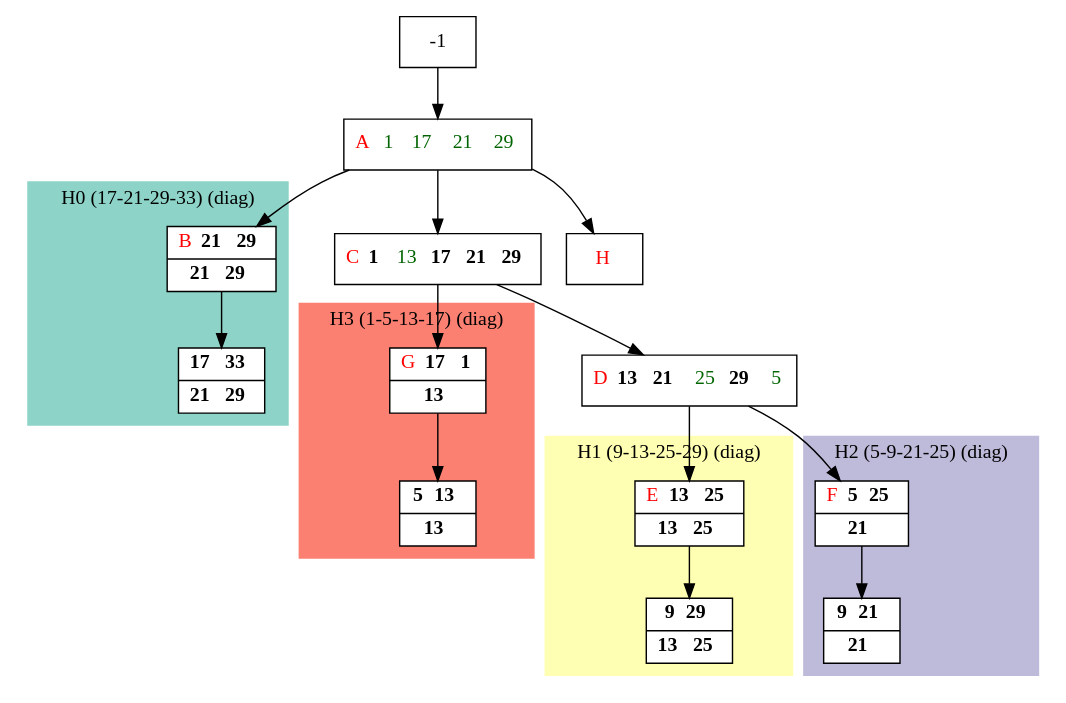
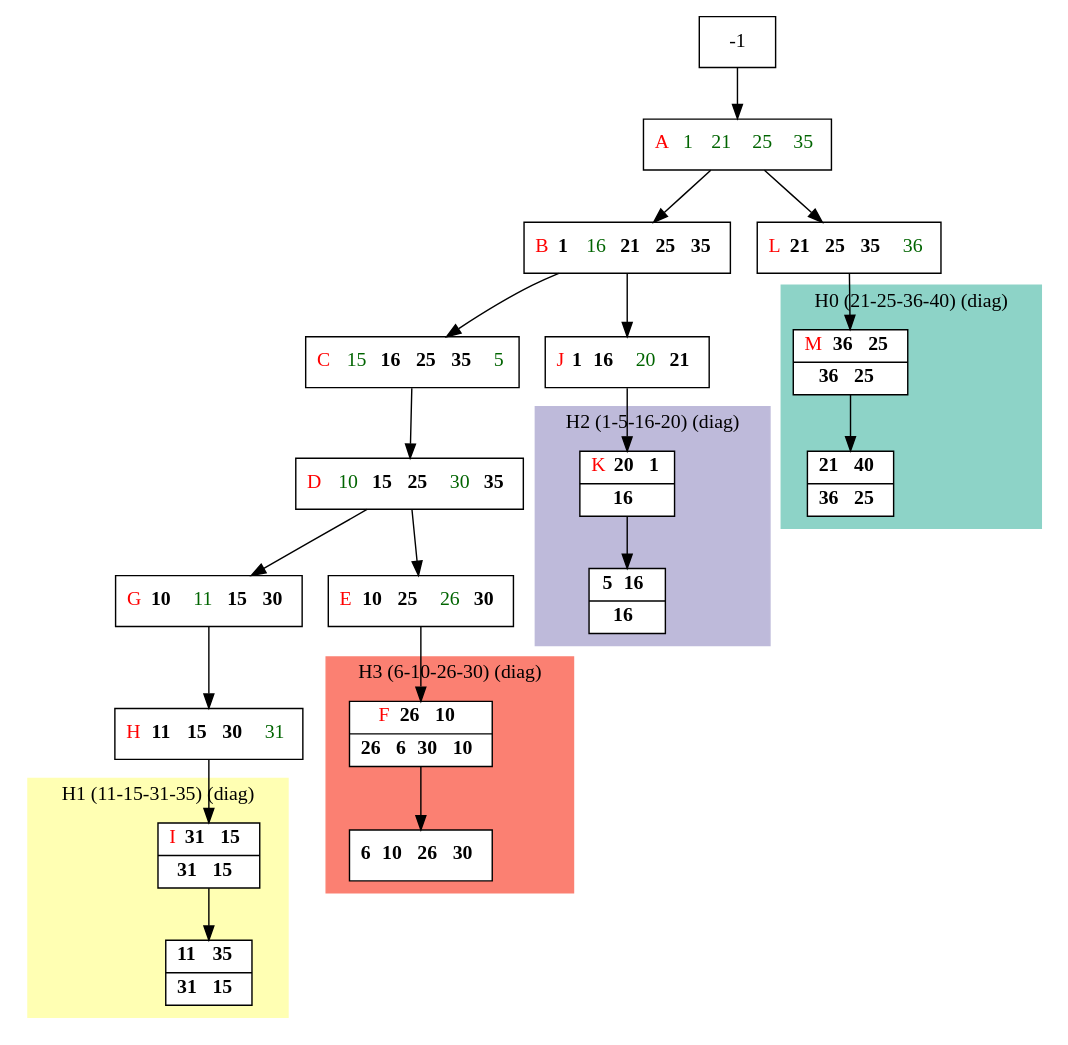
The diagram in results/compact_dot_files/compact_M.dot (bmarchand/auto-dp), drawn with Graphviz before and after one commit. The commit also changed 84 other files, not shown here.

```diff
--- a/results/compact_dot_files/compact_M.dot
+++ b/results/compact_dot_files/compact_M.dot
@@ -1,55 +1,65 @@
 digraph G {
     node [shape=box];
     subgraph cluster0 {
         node [style=filled,fillcolor=white];
         labeljust="l";
         style=filled;
         color="#8DD3C7";
         H0_0 -> H0_5;
-        label="H0 (17-21-29-33) (diag)";
+        label="H0 (21-25-36-40) (diag)";
     }
     subgraph cluster1 {
         node [style=filled,fillcolor=white];
         labeljust="l";
         style=filled;
         color="#FFFFB3";
         H1_0 -> H1_5;
-        label="H1 (9-13-25-29) (diag)";
+        label="H1 (11-15-31-35) (diag)";
     }
     subgraph cluster2 {
         node [style=filled,fillcolor=white];
         labeljust="l";
         style=filled;
         color="#BEBADA";
         H2_0 -> H2_5;
-        label="H2 (5-9-21-25) (diag)";
+        label="H2 (1-5-16-20) (diag)";
     }
     subgraph cluster3 {
         node [style=filled,fillcolor=white];
         labeljust="l";
         style=filled;
         color="#FB8072";
         H3_0 -> H3_5;
-        label="H3 (1-5-13-17) (diag)";
+        label="H3 (6-10-26-30) (diag)";
     }
-     1 [shape=record,label= <{  <FONT COLOR="RED">A</FONT>  <FONT COLOR="DARKGREEN">1</FONT>  <FONT COLOR="DARKGREEN">17</FONT>  <FONT COLOR="DARKGREEN">21</FONT>  <FONT COLOR="DARKGREEN">29</FONT>}> ];
-     -1  ->  1;
-     H0_0 [shape=record,label= <{  <FONT COLOR="RED">B</FONT> <b>21</b> <b>29</b>|  <b>21</b> <b>29</b>}> ];
-     1  ->  H0_0;
-     H0_5 [shape=record,label= <{ <b>17</b> <b>33</b>|  <b>21</b> <b>29</b>}> ];
-     3 [shape=record,label= <{  <FONT COLOR="RED">C</FONT> <b>1</b>  <FONT COLOR="DARKGREEN">13</FONT> <b>17</b> <b>21</b> <b>29</b>}> ];
-     1  ->  3;
-     6 [shape=record,label= <{  <FONT COLOR="RED">D</FONT> <b>13</b> <b>21</b>  <FONT COLOR="DARKGREEN">25</FONT> <b>29</b>  <FONT COLOR="DARKGREEN">5</FONT>}> ];
-     3  ->  6;
-     H1_0 [shape=record,label= <{  <FONT COLOR="RED">E</FONT> <b>13</b> <b>25</b>|  <b>13</b> <b>25</b>}> ];
-     6  ->  H1_0;
-     H1_5 [shape=record,label= <{ <b>9</b> <b>29</b>|  <b>13</b> <b>25</b>}> ];
-     H2_0 [shape=record,label= <{  <FONT COLOR="RED">F</FONT> <b>5</b> <b>25</b>|  <b>21</b>}> ];
-     6  ->  H2_0;
-     H2_5 [shape=record,label= <{ <b>9</b> <b>21</b>|  <b>21</b>}> ];
-     H3_0 [shape=record,label= <{  <FONT COLOR="RED">G</FONT> <b>17</b> <b>1</b>|  <b>13</b>}> ];
-     3  ->  H3_0;
-     H3_5 [shape=record,label= <{ <b>5</b> <b>13</b>|  <b>13</b>}> ];
-     _1 [shape=record,label= <{  <FONT COLOR="RED">H</FONT>}> ];
-     1  ->  _1;
+     26 [shape=record,label= <{  <FONT COLOR="RED">A</FONT>  <FONT COLOR="DARKGREEN">1</FONT>  <FONT COLOR="DARKGREEN">21</FONT>  <FONT COLOR="DARKGREEN">25</FONT>  <FONT COLOR="DARKGREEN">35</FONT>}> ];
+     -1  ->  26;
+     1 [shape=record,label= <{  <FONT COLOR="RED">B</FONT> <b>1</b>  <FONT COLOR="DARKGREEN">16</FONT> <b>21</b> <b>25</b> <b>35</b>}> ];
+     26  ->  1;
+     2 [shape=record,label= <{  <FONT COLOR="RED">C</FONT>  <FONT COLOR="DARKGREEN">15</FONT> <b>16</b> <b>25</b> <b>35</b>  <FONT COLOR="DARKGREEN">5</FONT>}> ];
+     1  ->  2;
+     8 [shape=record,label= <{  <FONT COLOR="RED">D</FONT>  <FONT COLOR="DARKGREEN">10</FONT> <b>15</b> <b>25</b>  <FONT COLOR="DARKGREEN">30</FONT> <b>35</b>}> ];
+     2  ->  8;
+     9 [shape=record,label= <{  <FONT COLOR="RED">E</FONT> <b>10</b> <b>25</b>  <FONT COLOR="DARKGREEN">26</FONT> <b>30</b>}> ];
+     8  ->  9;
+     H3_0 [shape=record,label= <{  <FONT COLOR="RED">F</FONT> <b>26</b> <b>10</b>|  <b>26</b> <b>6</b> <b>30</b> <b>10</b>}> ];
+     9  ->  H3_0;
+     H3_5 [shape=record,label= <{ <b>6</b> <b>10</b> <b>26</b> <b>30</b>}> ];
+     16 [shape=record,label= <{  <FONT COLOR="RED">G</FONT> <b>10</b>  <FONT COLOR="DARKGREEN">11</FONT> <b>15</b> <b>30</b>}> ];
+     8  ->  16;
+     18 [shape=record,label= <{  <FONT COLOR="RED">H</FONT> <b>11</b> <b>15</b> <b>30</b>  <FONT COLOR="DARKGREEN">31</FONT>}> ];
+     16  ->  18;
+     H1_0 [shape=record,label= <{  <FONT COLOR="RED">I</FONT> <b>31</b> <b>15</b>|  <b>31</b> <b>15</b>}> ];
+     18  ->  H1_0;
+     H1_5 [shape=record,label= <{ <b>11</b> <b>35</b>|  <b>31</b> <b>15</b>}> ];
+     24 [shape=record,label= <{  <FONT COLOR="RED">J</FONT> <b>1</b> <b>16</b>  <FONT COLOR="DARKGREEN">20</FONT> <b>21</b>}> ];
+     1  ->  24;
+     H2_0 [shape=record,label= <{  <FONT COLOR="RED">K</FONT> <b>20</b> <b>1</b>|  <b>16</b>}> ];
+     24  ->  H2_0;
+     H2_5 [shape=record,label= <{ <b>5</b> <b>16</b>|  <b>16</b>}> ];
+     27 [shape=record,label= <{  <FONT COLOR="RED">L</FONT> <b>21</b> <b>25</b> <b>35</b>  <FONT COLOR="DARKGREEN">36</FONT>}> ];
+     26  ->  27;
+     H0_0 [shape=record,label= <{  <FONT COLOR="RED">M</FONT> <b>36</b> <b>25</b>|  <b>36</b> <b>25</b>}> ];
+     27  ->  H0_0;
+     H0_5 [shape=record,label= <{ <b>21</b> <b>40</b>|  <b>36</b> <b>25</b>}> ];
 }
```
